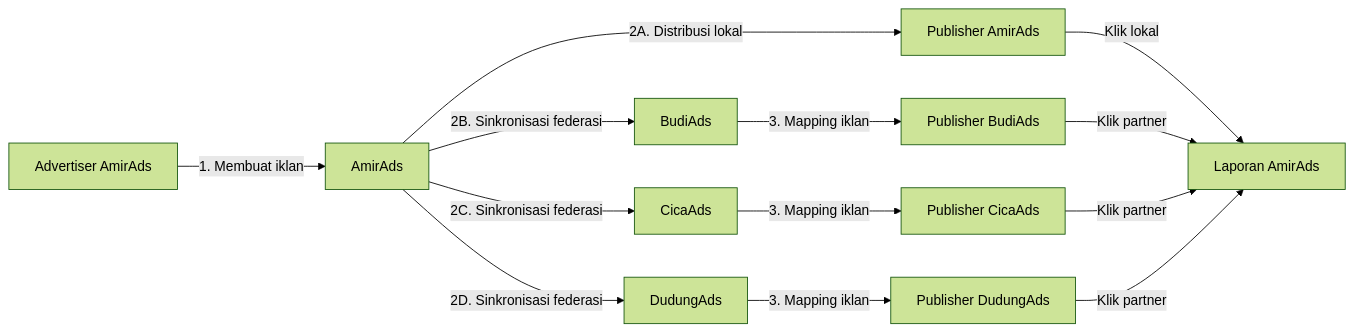
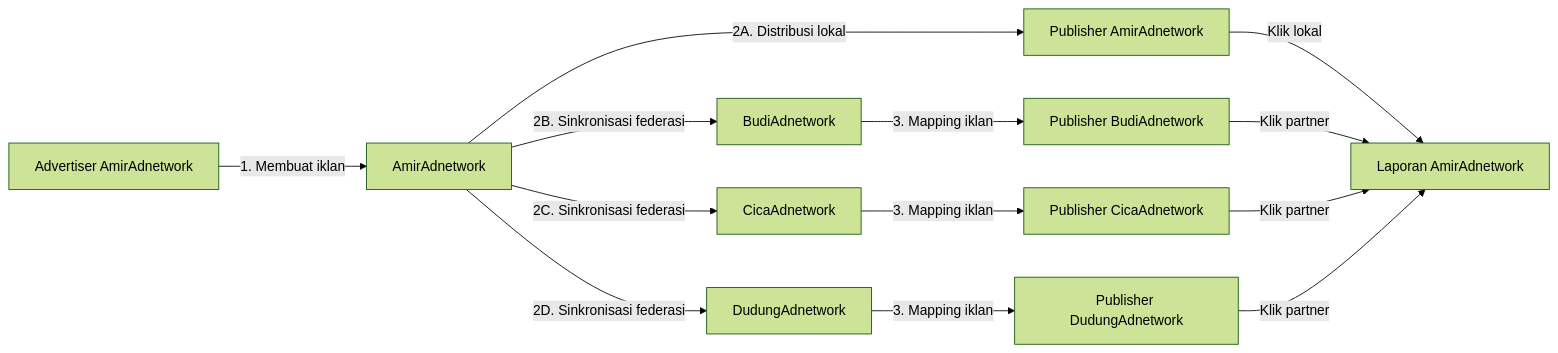
Before and after one commit to kukuhtw/kumpulblogger.com: the third of 8 diagrams in docs/FEDERASI_AD_NETWORK.md, drawn with Mermaid (forest theme). The commit also changed other lines of this file, not shown here.

````diff
--- a/docs/FEDERASI_AD_NETWORK.md
+++ b/docs/FEDERASI_AD_NETWORK.md
@@ -74,18 +117,18 @@
 ```mermaid
 flowchart LR
-    ADV[Advertiser AmirAds] -->|1. Membuat iklan| HOME[AmirAds]
+    ADV[Advertiser AmirAdnetwork] -->|1. Membuat iklan| HOME[AmirAdnetwork]
 
-    HOME -->|2A. Distribusi lokal| LOCALPUB[Publisher AmirAds]
-    HOME -->|2B. Sinkronisasi federasi| BUDI[BudiAds]
-    HOME -->|2C. Sinkronisasi federasi| CICA[CicaAds]
-    HOME -->|2D. Sinkronisasi federasi| DUDUNG[DudungAds]
+    HOME -->|2A. Distribusi lokal| LOCALPUB[Publisher AmirAdnetwork]
+    HOME -->|2B. Sinkronisasi federasi| BUDI[BudiAdnetwork]
+    HOME -->|2C. Sinkronisasi federasi| CICA[CicaAdnetwork]
+    HOME -->|2D. Sinkronisasi federasi| DUDUNG[DudungAdnetwork]
 
-    BUDI -->|3. Mapping iklan| BUDIPUB[Publisher BudiAds]
-    CICA -->|3. Mapping iklan| CICAPUB[Publisher CicaAds]
-    DUDUNG -->|3. Mapping iklan| DUDUNGPUB[Publisher DudungAds]
+    BUDI -->|3. Mapping iklan| BUDIPUB[Publisher BudiAdnetwork]
+    CICA -->|3. Mapping iklan| CICAPUB[Publisher CicaAdnetwork]
+    DUDUNG -->|3. Mapping iklan| DUDUNGPUB[Publisher DudungAdnetwork]
 
-    LOCALPUB -->|Klik lokal| REPORT[Laporan AmirAds]
+    LOCALPUB -->|Klik lokal| REPORT[Laporan AmirAdnetwork]
     BUDIPUB -->|Klik partner| REPORT
     CICAPUB -->|Klik partner| REPORT
     DUDUNGPUB -->|Klik partner| REPORT
 ```
````
